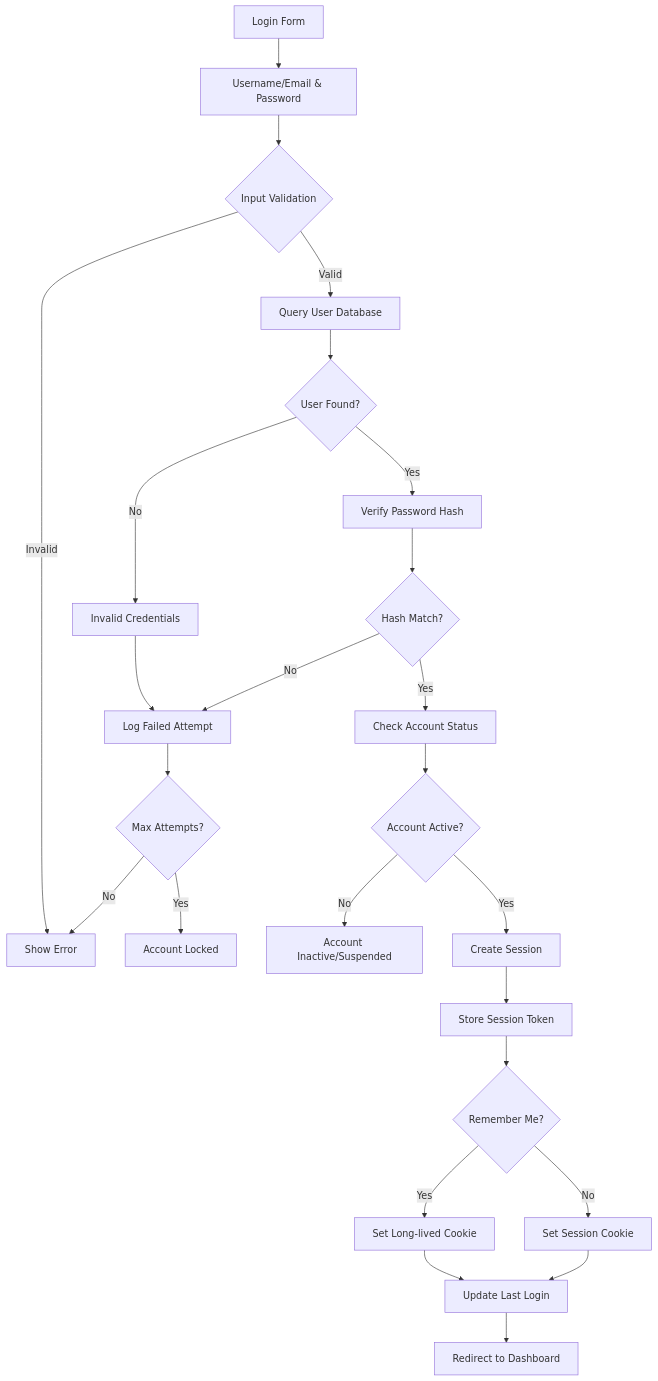
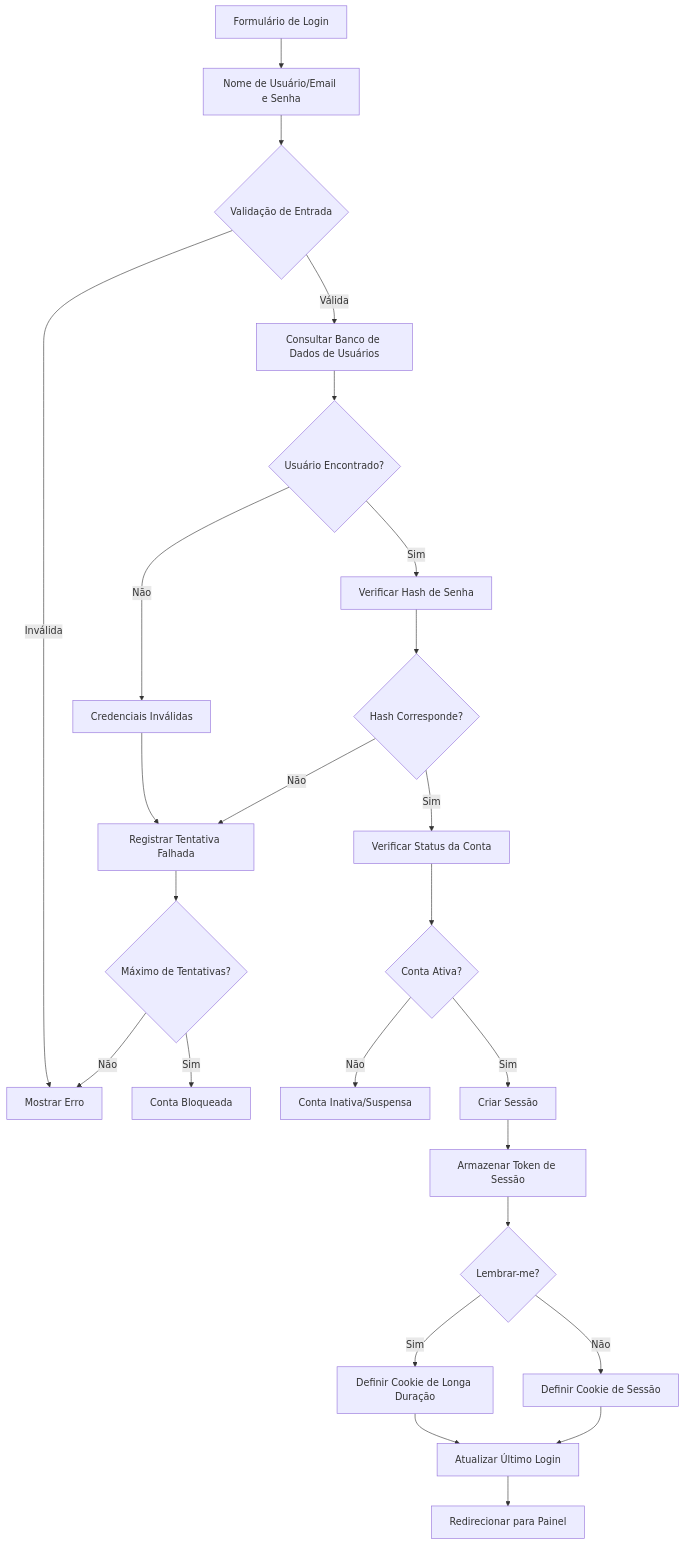
The second of 2 diagrams in apps/docs-27/src/content/docs/pt/core-concepts/users/management.md (mambax7/xoops-docs), drawn with Mermaid before and after one commit. The commit also changed other lines of this file and 162 other files, not shown here.

````diff
--- a/apps/docs-27/src/content/docs/pt/core-concepts/users/management.md
+++ b/apps/docs-27/src/content/docs/pt/core-concepts/users/management.md
@@ -267,27 +267,27 @@
 ```mermaid
 graph TD
-    A["Login Form"] --> B["Username/Email & Password"]
-    B --> C{"Input Validation"}
-    C -->|Invalid| D["Show Error"]
-    C -->|Valid| E["Query User Database"]
-    E --> F{"User Found?"}
-    F -->|No| G["Invalid Credentials"]
-    G --> H["Log Failed Attempt"]
-    H --> I{"Max Attempts?"}
-    I -->|Yes| J["Account Locked"]
-    I -->|No| D
-    F -->|Yes| K["Verify Password Hash"]
-    K --> L{"Hash Match?"}
-    L -->|No| H
-    L -->|Yes| M["Check Account Status"]
-    M --> N{"Account Active?"}
-    N -->|No| O["Account Inactive/Suspended"]
-    N -->|Yes| P["Create Session"]
-    P --> Q["Store Session Token"]
-    Q --> R{"Remember Me?"}
-    R -->|Yes| S["Set Long-lived Cookie"]
-    R -->|No| T["Set Session Cookie"]
-    S --> U["Update Last Login"]
+    A["Formulário de Login"] --> B["Nome de Usuário/Email e Senha"]
+    B --> C{"Validação de Entrada"}
+    C -->|Inválida| D["Mostrar Erro"]
+    C -->|Válida| E["Consultar Banco de Dados de Usuários"]
+    E --> F{"Usuário Encontrado?"}
+    F -->|Não| G["Credenciais Inválidas"]
+    G --> H["Registrar Tentativa Falhada"]
+    H --> I{"Máximo de Tentativas?"}
+    I -->|Sim| J["Conta Bloqueada"]
+    I -->|Não| D
+    F -->|Sim| K["Verificar Hash de Senha"]
+    K --> L{"Hash Corresponde?"}
+    L -->|Não| H
+    L -->|Sim| M["Verificar Status da Conta"]
+    M --> N{"Conta Ativa?"}
+    N -->|Não| O["Conta Inativa/Suspensa"]
+    N -->|Sim| P["Criar Sessão"]
+    P --> Q["Armazenar Token de Sessão"]
+    Q --> R{"Lembrar-me?"}
+    R -->|Sim| S["Definir Cookie de Longa Duração"]
+    R -->|Não| T["Definir Cookie de Sessão"]
+    S --> U["Atualizar Último Login"]
     T --> U
-    U --> V["Redirect to Dashboard"]
+    U --> V["Redirecionar para Painel"]
 ```
````
